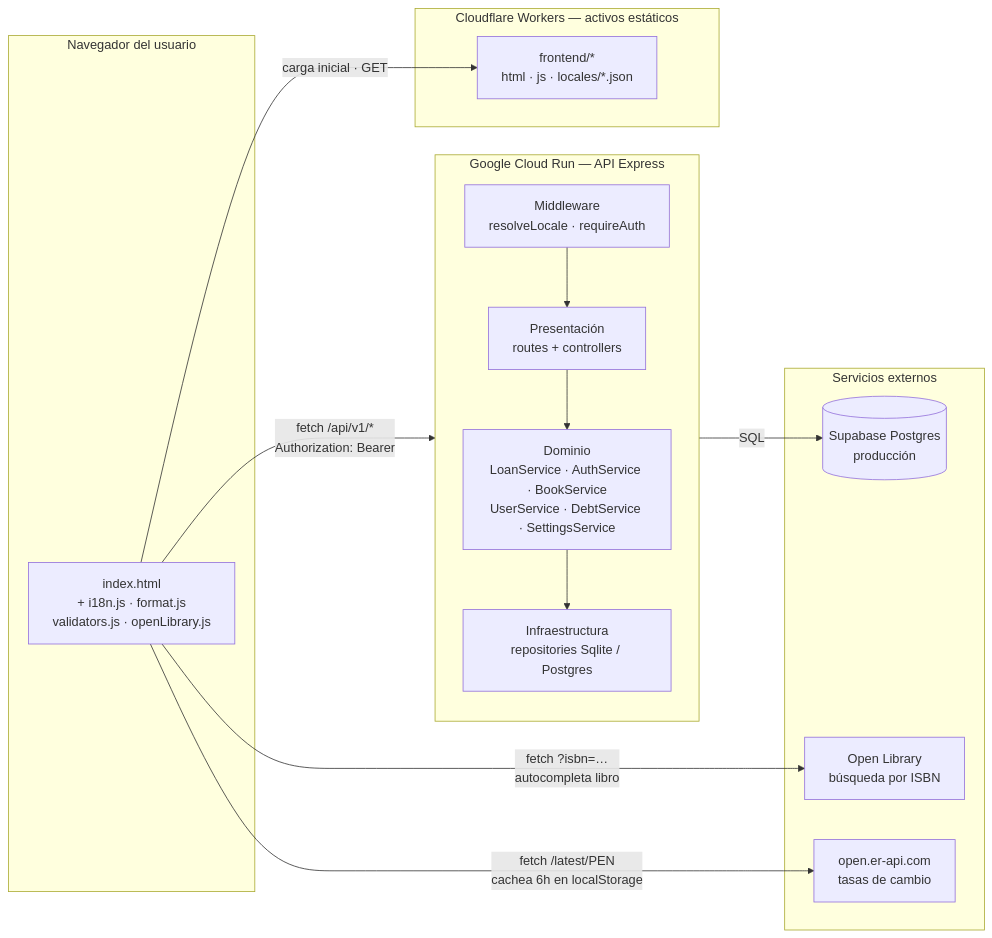
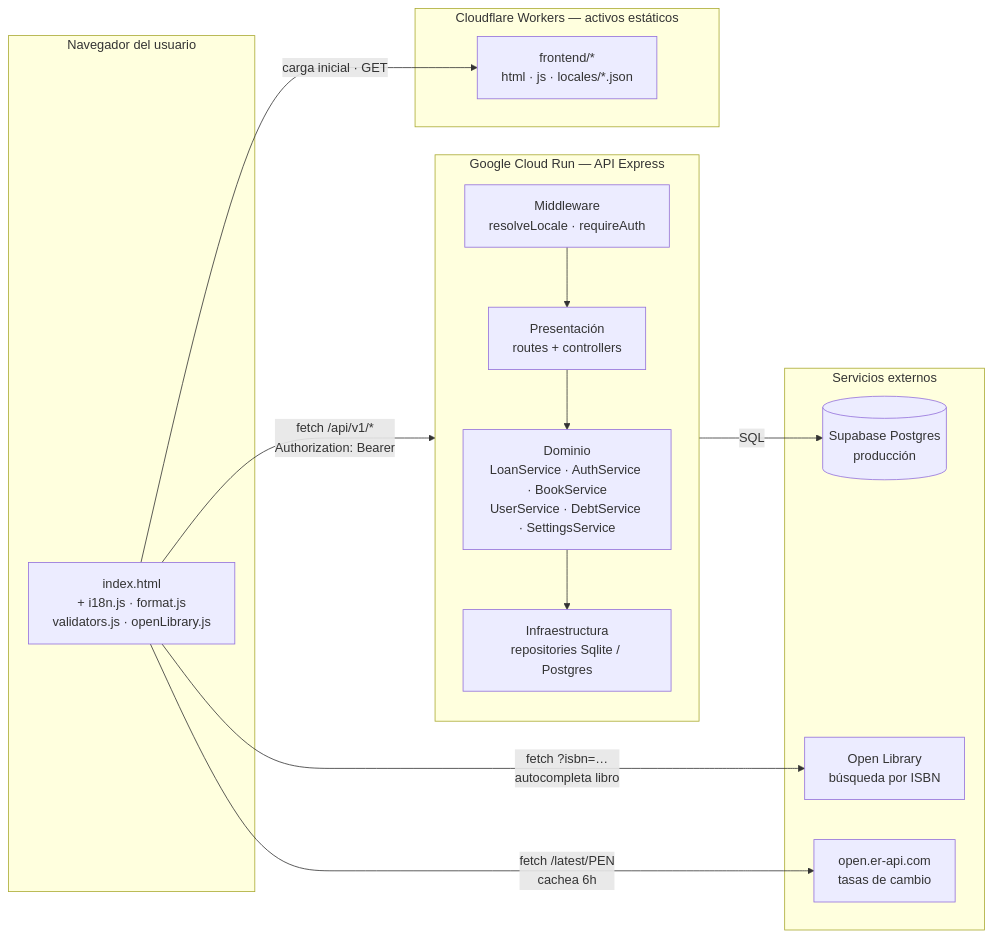
One commit to leonardouwz/biblioteca-central changed the diagram in docs/diagrama-componentes.md. Above: the diagram before and after it, drawn with Mermaid. The commit also changed other lines of this file and 1 other file, not shown here.

First line of the commit message:
Reemplazar el artifact interactivo por una imagen PNG del diagrama

````diff
--- a/docs/diagrama-componentes.md
+++ b/docs/diagrama-componentes.md
@@ -9,31 +44,31 @@
 ```mermaid
 flowchart LR
   subgraph Browser["Navegador del usuario"]
     UI["index.html<br/>+ i18n.js · format.js<br/>validators.js · openLibrary.js"]
   end
 
   subgraph CF["Cloudflare Workers — activos estáticos"]
     Assets["frontend/*<br/>html · js · locales/*.json"]
   end
 
   subgraph API["Google Cloud Run — API Express"]
     direction TB
     Mid["Middleware<br/>resolveLocale · requireAuth"]
     Pres["Presentación<br/>routes + controllers"]
     Dom["Dominio<br/>LoanService · AuthService · BookService<br/>UserService · DebtService · SettingsService"]
     Infra["Infraestructura<br/>repositories Sqlite / Postgres"]
     Mid --> Pres --> Dom --> Infra
   end
 
   subgraph Ext["Servicios externos"]
     DB[("Supabase Postgres<br/>producción")]
     OL["Open Library<br/>búsqueda por ISBN"]
     FX["open.er-api.com<br/>tasas de cambio"]
   end
 
   UI -- "carga inicial · GET" --> Assets
   UI -- "fetch /api/v1/*<br/>Authorization: Bearer" --> Mid
   UI -- "fetch ?isbn=…<br/>autocompleta libro" --> OL
-  UI -- "fetch /latest/PEN<br/>cachea 6h en localStorage" --> FX
+  UI -- "fetch /latest/PEN<br/>cachea 6h" --> FX
   Infra -- "SQL" --> DB
 ```
````
